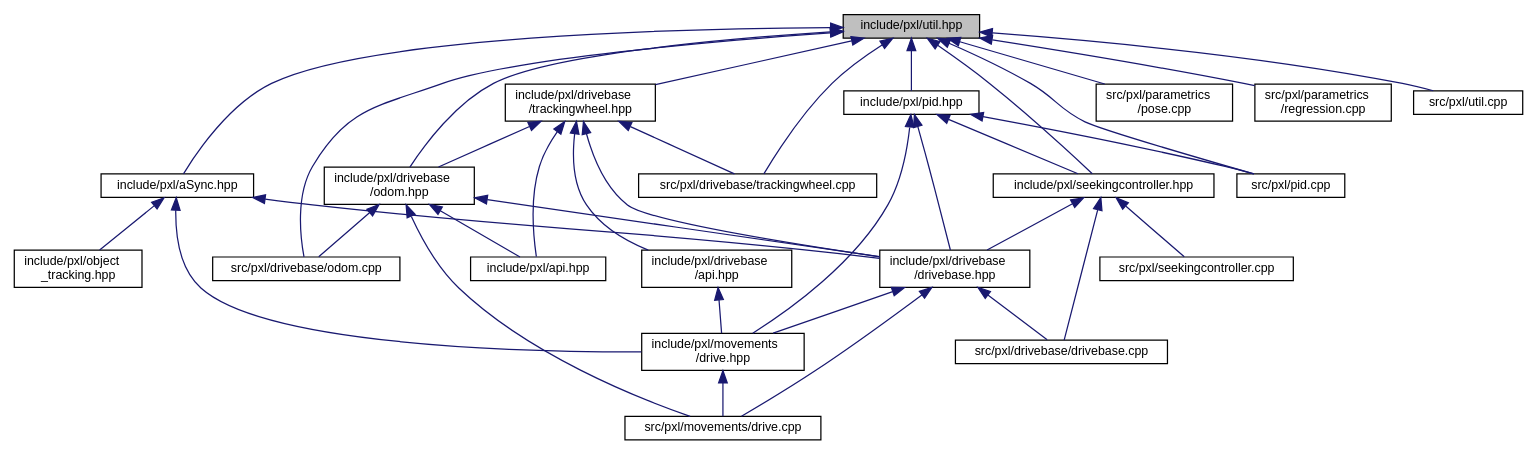
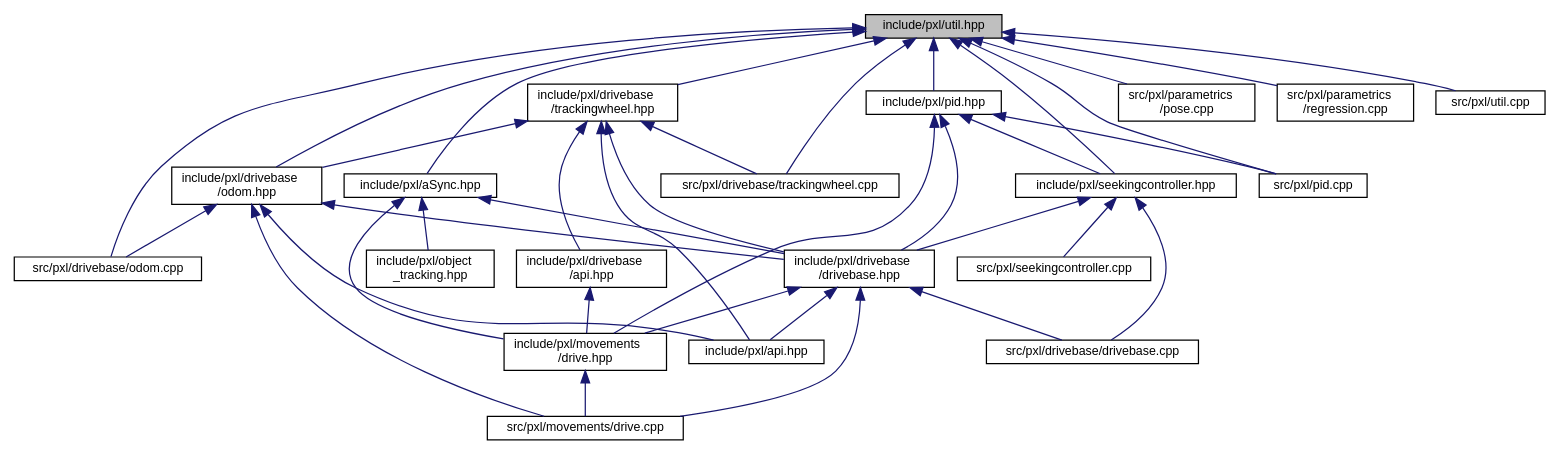
Before and after one commit to Pixel-Lib/Pixel: the diagram in util_8hpp__dep__incl.dot, drawn with Graphviz. The commit also changed 14 other files, not shown here.

```diff
--- a/util_8hpp__dep__incl.dot
+++ b/util_8hpp__dep__incl.dot
@@ -1,61 +1,62 @@
 digraph "include/pxl/util.hpp"
 {
  // LATEX_PDF_SIZE
   edge [fontname="Helvetica",fontsize="10",labelfontname="Helvetica",labelfontsize="10"];
   node [fontname="Helvetica",fontsize="10",shape=record];
   Node1 [label="include/pxl/util.hpp",height=0.2,width=0.4,color="black", fillcolor="grey75", style="filled", fontcolor="black",tooltip=" "];
   Node1 -> Node2 [dir="back",color="midnightblue",fontsize="10",style="solid",fontname="Helvetica"];
   Node2 [label="include/pxl/aSync.hpp",height=0.2,width=0.4,color="black", fillcolor="white", style="filled",URL="$aSync_8hpp.html",tooltip=" "];
   Node2 -> Node3 [dir="back",color="midnightblue",fontsize="10",style="solid",fontname="Helvetica"];
   Node3 [label="include/pxl/drivebase\l/drivebase.hpp",height=0.2,width=0.4,color="black", fillcolor="white", style="filled",URL="$drivebase_8hpp.html",tooltip=" "];
   Node3 -> Node4 [dir="back",color="midnightblue",fontsize="10",style="solid",fontname="Helvetica"];
-  Node4 [label="include/pxl/movements\l/drive.hpp",height=0.2,width=0.4,color="black", fillcolor="white", style="filled",URL="$drive_8hpp.html",tooltip=" "];
-  Node4 -> Node5 [dir="back",color="midnightblue",fontsize="10",style="solid",fontname="Helvetica"];
-  Node5 [label="src/pxl/movements/drive.cpp",height=0.2,width=0.4,color="black", fillcolor="white", style="filled",URL="$drive_8cpp.html",tooltip=" "];
+  Node4 [label="include/pxl/api.hpp",height=0.2,width=0.4,color="black", fillcolor="white", style="filled",URL="$api_8hpp.html",tooltip=" "];
+  Node3 -> Node5 [dir="back",color="midnightblue",fontsize="10",style="solid",fontname="Helvetica"];
+  Node5 [label="include/pxl/movements\l/drive.hpp",height=0.2,width=0.4,color="black", fillcolor="white", style="filled",URL="$drive_8hpp.html",tooltip=" "];
+  Node5 -> Node6 [dir="back",color="midnightblue",fontsize="10",style="solid",fontname="Helvetica"];
+  Node6 [label="src/pxl/movements/drive.cpp",height=0.2,width=0.4,color="black", fillcolor="white", style="filled",URL="$drive_8cpp.html",tooltip=" "];
+  Node3 -> Node7 [dir="back",color="midnightblue",fontsize="10",style="solid",fontname="Helvetica"];
+  Node7 [label="src/pxl/drivebase/drivebase.cpp",height=0.2,width=0.4,color="black", fillcolor="white", style="filled",URL="$drivebase_8cpp.html",tooltip=" "];
   Node3 -> Node6 [dir="back",color="midnightblue",fontsize="10",style="solid",fontname="Helvetica"];
-  Node6 [label="src/pxl/drivebase/drivebase.cpp",height=0.2,width=0.4,color="black", fillcolor="white", style="filled",URL="$drivebase_8cpp.html",tooltip=" "];
-  Node3 -> Node5 [dir="back",color="midnightblue",fontsize="10",style="solid",fontname="Helvetica"];
-  Node2 -> Node4 [dir="back",color="midnightblue",fontsize="10",style="solid",fontname="Helvetica"];
-  Node2 -> Node7 [dir="back",color="midnightblue",fontsize="10",style="solid",fontname="Helvetica"];
-  Node7 [label="include/pxl/object\l_tracking.hpp",height=0.2,width=0.4,color="black", fillcolor="white", style="filled",URL="$object__tracking_8hpp.html",tooltip=" "];
-  Node1 -> Node8 [dir="back",color="midnightblue",fontsize="10",style="solid",fontname="Helvetica"];
-  Node8 [label="include/pxl/drivebase\l/odom.hpp",height=0.2,width=0.4,color="black", fillcolor="white", style="filled",URL="$odom_8hpp.html",tooltip=" "];
-  Node8 -> Node9 [dir="back",color="midnightblue",fontsize="10",style="solid",fontname="Helvetica"];
-  Node9 [label="include/pxl/api.hpp",height=0.2,width=0.4,color="black", fillcolor="white", style="filled",URL="$api_8hpp.html",tooltip=" "];
-  Node8 -> Node3 [dir="back",color="midnightblue",fontsize="10",style="solid",fontname="Helvetica"];
-  Node8 -> Node10 [dir="back",color="midnightblue",fontsize="10",style="solid",fontname="Helvetica"];
+  Node2 -> Node5 [dir="back",color="midnightblue",fontsize="10",style="solid",fontname="Helvetica"];
+  Node2 -> Node8 [dir="back",color="midnightblue",fontsize="10",style="solid",fontname="Helvetica"];
+  Node8 [label="include/pxl/object\l_tracking.hpp",height=0.2,width=0.4,color="black", fillcolor="white", style="filled",URL="$object__tracking_8hpp.html",tooltip=" "];
+  Node1 -> Node9 [dir="back",color="midnightblue",fontsize="10",style="solid",fontname="Helvetica"];
+  Node9 [label="include/pxl/drivebase\l/odom.hpp",height=0.2,width=0.4,color="black", fillcolor="white", style="filled",URL="$odom_8hpp.html",tooltip=" "];
+  Node9 -> Node4 [dir="back",color="midnightblue",fontsize="10",style="solid",fontname="Helvetica"];
+  Node9 -> Node3 [dir="back",color="midnightblue",fontsize="10",style="solid",fontname="Helvetica"];
+  Node9 -> Node10 [dir="back",color="midnightblue",fontsize="10",style="solid",fontname="Helvetica"];
   Node10 [label="src/pxl/drivebase/odom.cpp",height=0.2,width=0.4,color="black", fillcolor="white", style="filled",URL="$odom_8cpp.html",tooltip=" "];
-  Node8 -> Node5 [dir="back",color="midnightblue",fontsize="10",style="solid",fontname="Helvetica"];
+  Node9 -> Node6 [dir="back",color="midnightblue",fontsize="10",style="solid",fontname="Helvetica"];
   Node1 -> Node11 [dir="back",color="midnightblue",fontsize="10",style="solid",fontname="Helvetica"];
   Node11 [label="include/pxl/drivebase\l/trackingwheel.hpp",height=0.2,width=0.4,color="black", fillcolor="white", style="filled",URL="$trackingwheel_8hpp.html",tooltip=" "];
-  Node11 -> Node9 [dir="back",color="midnightblue",fontsize="10",style="solid",fontname="Helvetica"];
+  Node11 -> Node4 [dir="back",color="midnightblue",fontsize="10",style="solid",fontname="Helvetica"];
   Node11 -> Node12 [dir="back",color="midnightblue",fontsize="10",style="solid",fontname="Helvetica"];
   Node12 [label="include/pxl/drivebase\l/api.hpp",height=0.2,width=0.4,color="black", fillcolor="white", style="filled",URL="$drivebase_2api_8hpp.html",tooltip=" "];
-  Node12 -> Node4 [dir="back",color="midnightblue",fontsize="10",style="solid",fontname="Helvetica"];
+  Node12 -> Node5 [dir="back",color="midnightblue",fontsize="10",style="solid",fontname="Helvetica"];
   Node11 -> Node3 [dir="back",color="midnightblue",fontsize="10",style="solid",fontname="Helvetica"];
-  Node11 -> Node8 [dir="back",color="midnightblue",fontsize="10",style="solid",fontname="Helvetica"];
+  Node11 -> Node9 [dir="back",color="midnightblue",fontsize="10",style="solid",fontname="Helvetica"];
   Node11 -> Node13 [dir="back",color="midnightblue",fontsize="10",style="solid",fontname="Helvetica"];
   Node13 [label="src/pxl/drivebase/trackingwheel.cpp",height=0.2,width=0.4,color="black", fillcolor="white", style="filled",URL="$trackingwheel_8cpp.html",tooltip=" "];
   Node1 -> Node14 [dir="back",color="midnightblue",fontsize="10",style="solid",fontname="Helvetica"];
   Node14 [label="include/pxl/pid.hpp",height=0.2,width=0.4,color="black", fillcolor="white", style="filled",URL="$pid_8hpp.html",tooltip=" "];
   Node14 -> Node3 [dir="back",color="midnightblue",fontsize="10",style="solid",fontname="Helvetica"];
-  Node14 -> Node4 [dir="back",color="midnightblue",fontsize="10",style="solid",fontname="Helvetica"];
+  Node14 -> Node5 [dir="back",color="midnightblue",fontsize="10",style="solid",fontname="Helvetica"];
   Node14 -> Node15 [dir="back",color="midnightblue",fontsize="10",style="solid",fontname="Helvetica"];
   Node15 [label="include/pxl/seekingcontroller.hpp",height=0.2,width=0.4,color="black", fillcolor="white", style="filled",URL="$seekingcontroller_8hpp.html",tooltip=" "];
   Node15 -> Node3 [dir="back",color="midnightblue",fontsize="10",style="solid",fontname="Helvetica"];
-  Node15 -> Node6 [dir="back",color="midnightblue",fontsize="10",style="solid",fontname="Helvetica"];
+  Node15 -> Node7 [dir="back",color="midnightblue",fontsize="10",style="solid",fontname="Helvetica"];
   Node15 -> Node16 [dir="back",color="midnightblue",fontsize="10",style="solid",fontname="Helvetica"];
   Node16 [label="src/pxl/seekingcontroller.cpp",height=0.2,width=0.4,color="black", fillcolor="white", style="filled",URL="$seekingcontroller_8cpp.html",tooltip=" "];
   Node14 -> Node17 [dir="back",color="midnightblue",fontsize="10",style="solid",fontname="Helvetica"];
   Node17 [label="src/pxl/pid.cpp",height=0.2,width=0.4,color="black", fillcolor="white", style="filled",URL="$pid_8cpp.html",tooltip=" "];
   Node1 -> Node15 [dir="back",color="midnightblue",fontsize="10",style="solid",fontname="Helvetica"];
   Node1 -> Node10 [dir="back",color="midnightblue",fontsize="10",style="solid",fontname="Helvetica"];
   Node1 -> Node13 [dir="back",color="midnightblue",fontsize="10",style="solid",fontname="Helvetica"];
   Node1 -> Node18 [dir="back",color="midnightblue",fontsize="10",style="solid",fontname="Helvetica"];
   Node18 [label="src/pxl/parametrics\l/pose.cpp",height=0.2,width=0.4,color="black", fillcolor="white", style="filled",URL="$pose_8cpp.html",tooltip=" "];
   Node1 -> Node19 [dir="back",color="midnightblue",fontsize="10",style="solid",fontname="Helvetica"];
   Node19 [label="src/pxl/parametrics\l/regression.cpp",height=0.2,width=0.4,color="black", fillcolor="white", style="filled",URL="$regression_8cpp.html",tooltip=" "];
   Node1 -> Node17 [dir="back",color="midnightblue",fontsize="10",style="solid",fontname="Helvetica"];
   Node1 -> Node20 [dir="back",color="midnightblue",fontsize="10",style="solid",fontname="Helvetica"];
   Node20 [label="src/pxl/util.cpp",height=0.2,width=0.4,color="black", fillcolor="white", style="filled",URL="$util_8cpp.html",tooltip=" "];
 }
```
